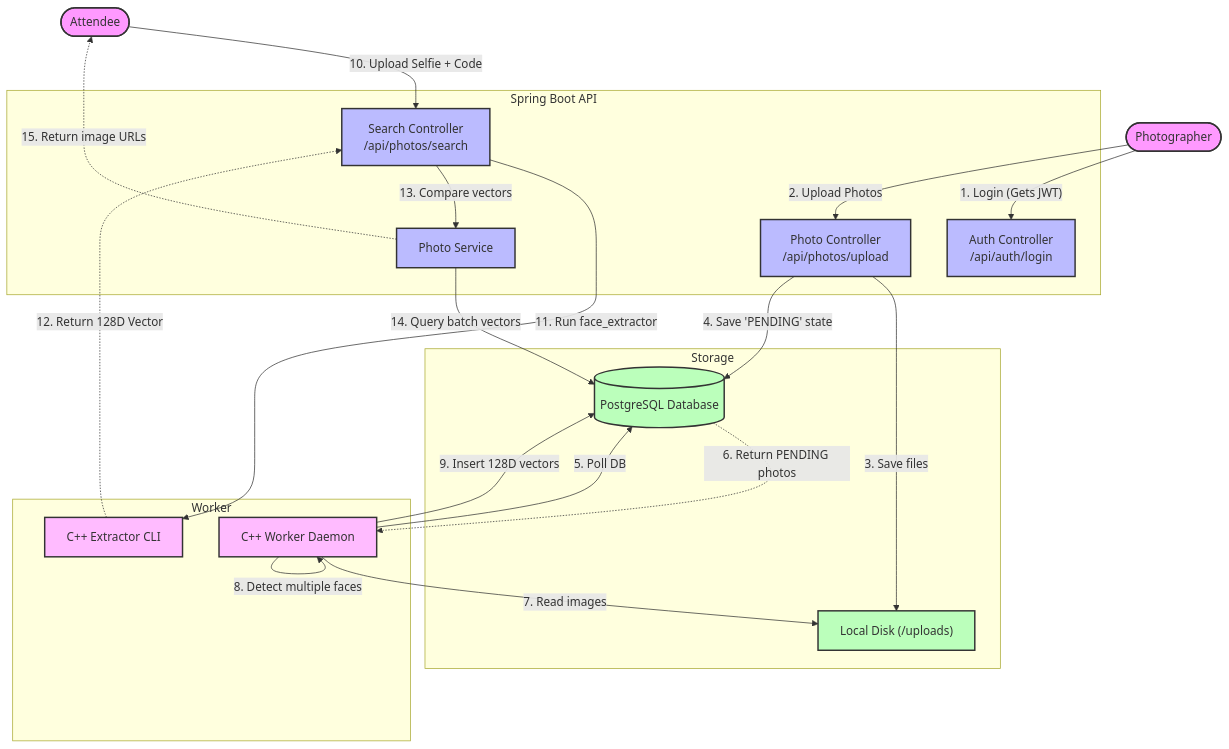
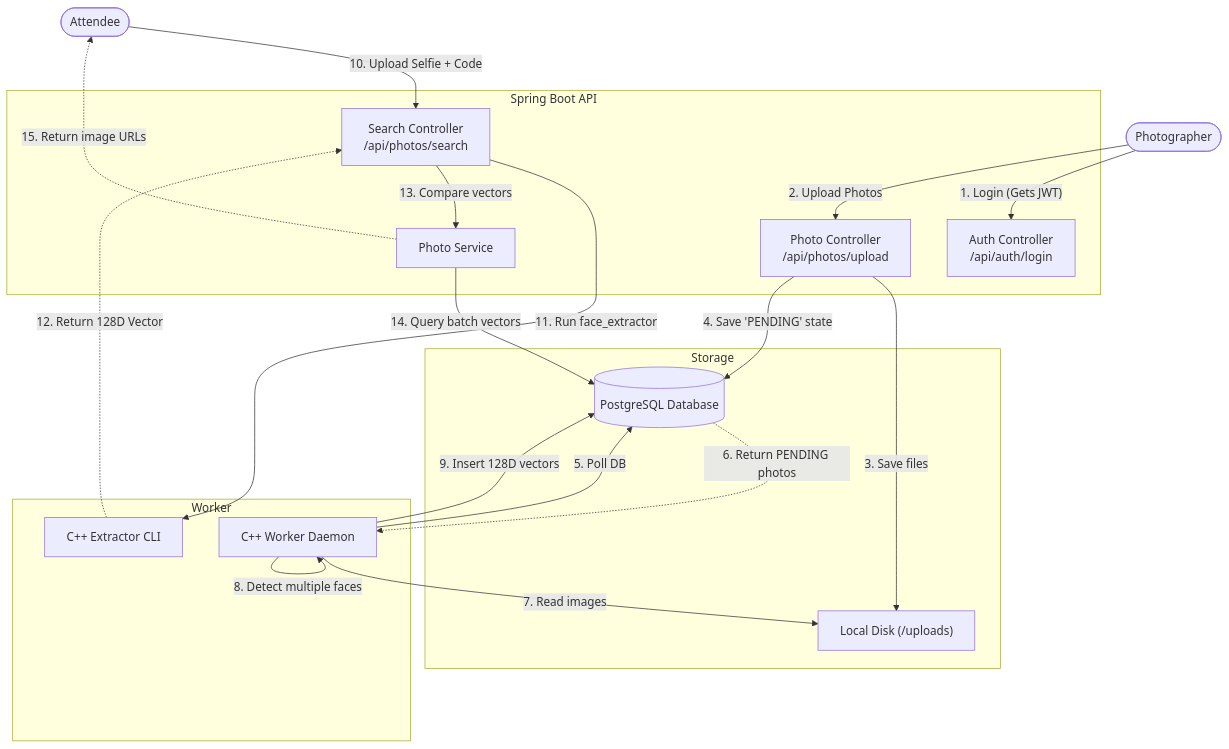
The diagram in README.md (SatishChoudhary642/pixel-pull), drawn with Mermaid before and after one commit.

Commit message:
style: remove hardcoded mermaid colors for dark mode compatibility

````diff
--- a/README.md
+++ b/README.md
@@ -18,49 +18,44 @@
 ```mermaid
 graph TD
-    %% Define styles
-    classDef client fill:#f9f,stroke:#333,stroke-width:2px;
-    classDef api fill:#bbf,stroke:#333,stroke-width:2px;
-    classDef db fill:#bfb,stroke:#333,stroke-width:2px;
-    classDef worker fill:#fbf,stroke:#333,stroke-width:2px;
 
-    Photographer(["Photographer"]):::client
-    Attendee(["Attendee"]):::client
+    Photographer(["Photographer"])
+    Attendee(["Attendee"])
 
     subgraph "Spring Boot API"
-        AuthController["Auth Controller<br>/api/auth/login"]:::api
-        UploadController["Photo Controller<br>/api/photos/upload"]:::api
-        SearchController["Search Controller<br>/api/photos/search"]:::api
-        PhotoService["Photo Service"]:::api
+        AuthController["Auth Controller<br>/api/auth/login"]
+        UploadController["Photo Controller<br>/api/photos/upload"]
+        SearchController["Search Controller<br>/api/photos/search"]
+        PhotoService["Photo Service"]
     end
 
     subgraph "Storage"
-        Postgres[("PostgreSQL Database")]:::db
-        DiskStorage["Local Disk (/uploads)"]:::db
+        Postgres[("PostgreSQL Database")]
+        DiskStorage["Local Disk (/uploads)"]
     end
 
     subgraph "Worker"
-        CPPWorker["C++ Worker Daemon"]:::worker
-        CPPCLI["C++ Extractor CLI"]:::worker
+        CPPWorker["C++ Worker Daemon"]
+        CPPCLI["C++ Extractor CLI"]
     end
 
     %% Photographer Flow
     Photographer -- "1. Login (Gets JWT)" --> AuthController
     Photographer -- "2. Upload Photos" --> UploadController
     UploadController -- "3. Save files" --> DiskStorage
     UploadController -- "4. Save 'PENDING' state" --> Postgres
 
     %% Background Processing
     CPPWorker -- "5. Poll DB" --> Postgres
     Postgres -. "6. Return PENDING photos" .-> CPPWorker
     CPPWorker -- "7. Read images" --> DiskStorage
     CPPWorker -- "8. Detect multiple faces" --> CPPWorker
     CPPWorker -- "9. Insert 128D vectors" --> Postgres
 
     %% Attendee Search Flow
     Attendee -- "10. Upload Selfie + Code" --> SearchController
     SearchController -- "11. Run face_extractor" --> CPPCLI
     CPPCLI -. "12. Return 128D Vector" .-> SearchController
     SearchController -- "13. Compare vectors" --> PhotoService
     PhotoService -- "14. Query batch vectors" --> Postgres
     PhotoService -. "15. Return image URLs" .-> Attendee
 ```
````
